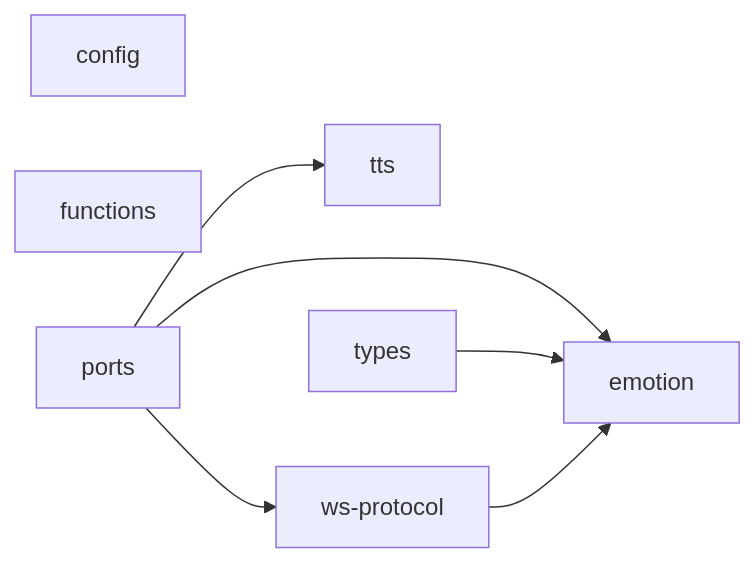
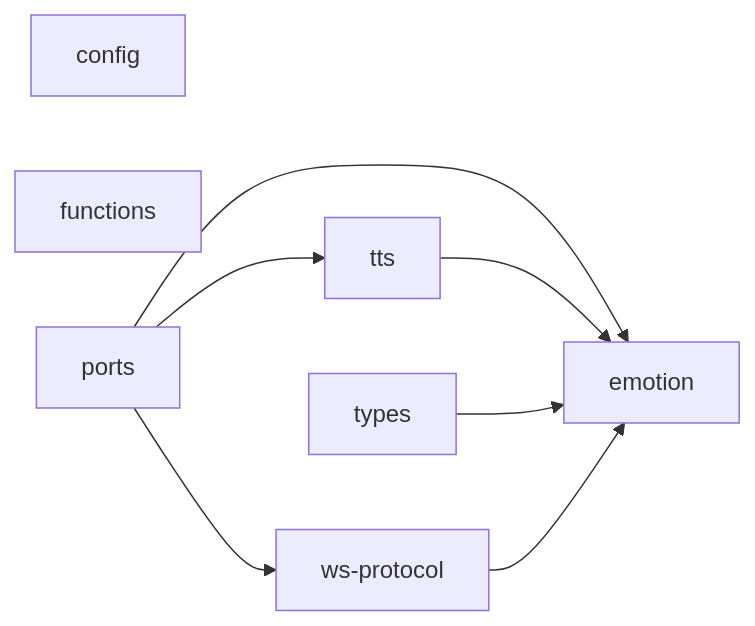
The diagram in packages/shared/DEPS.md (OJII3/vicissitude), drawn with Mermaid before and after one commit. The commit also changed other lines of this file and 5 other files, not shown here.

````diff
--- a/packages/shared/DEPS.md
+++ b/packages/shared/DEPS.md
@@ -7,12 +7,12 @@
 ```mermaid
 graph LR
   config
   emotion
   functions
   ports --> emotion
   ports --> tts
   ports --> ws_protocol["ws-protocol"]
-  tts
+  tts --> emotion
   types --> emotion
   ws_protocol["ws-protocol"] --> emotion
 ```
````
